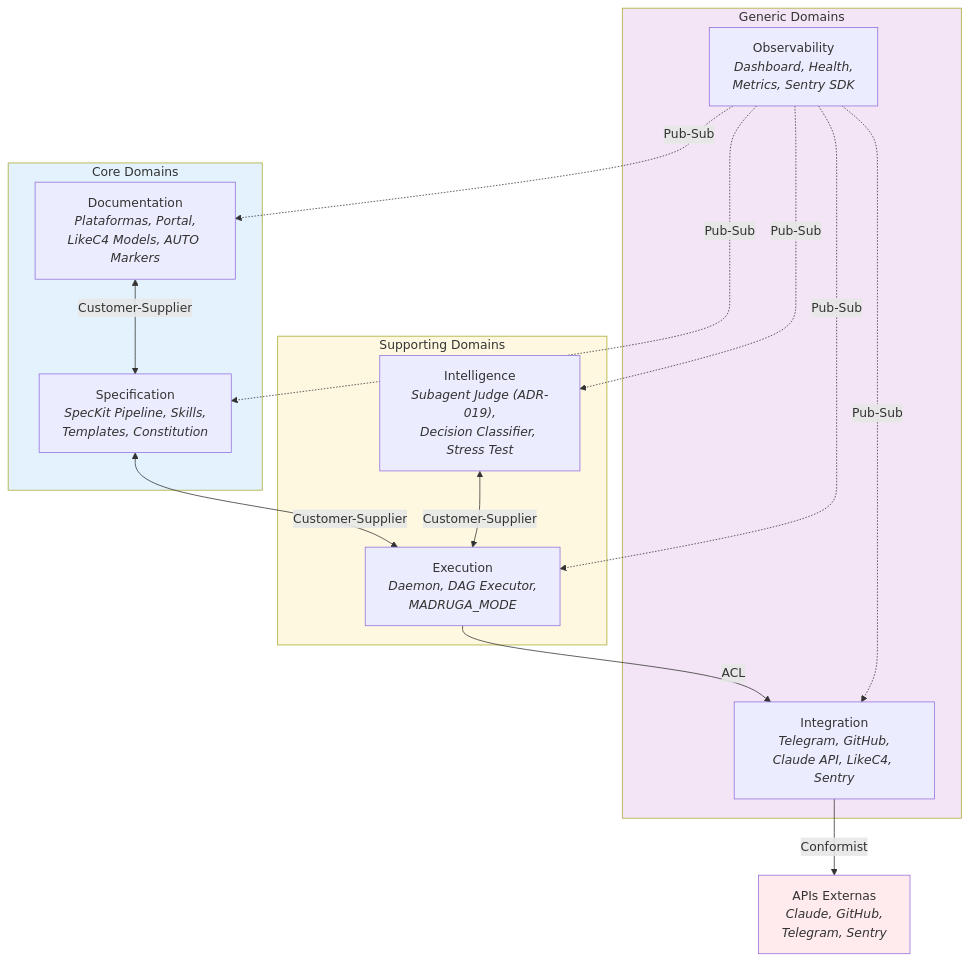
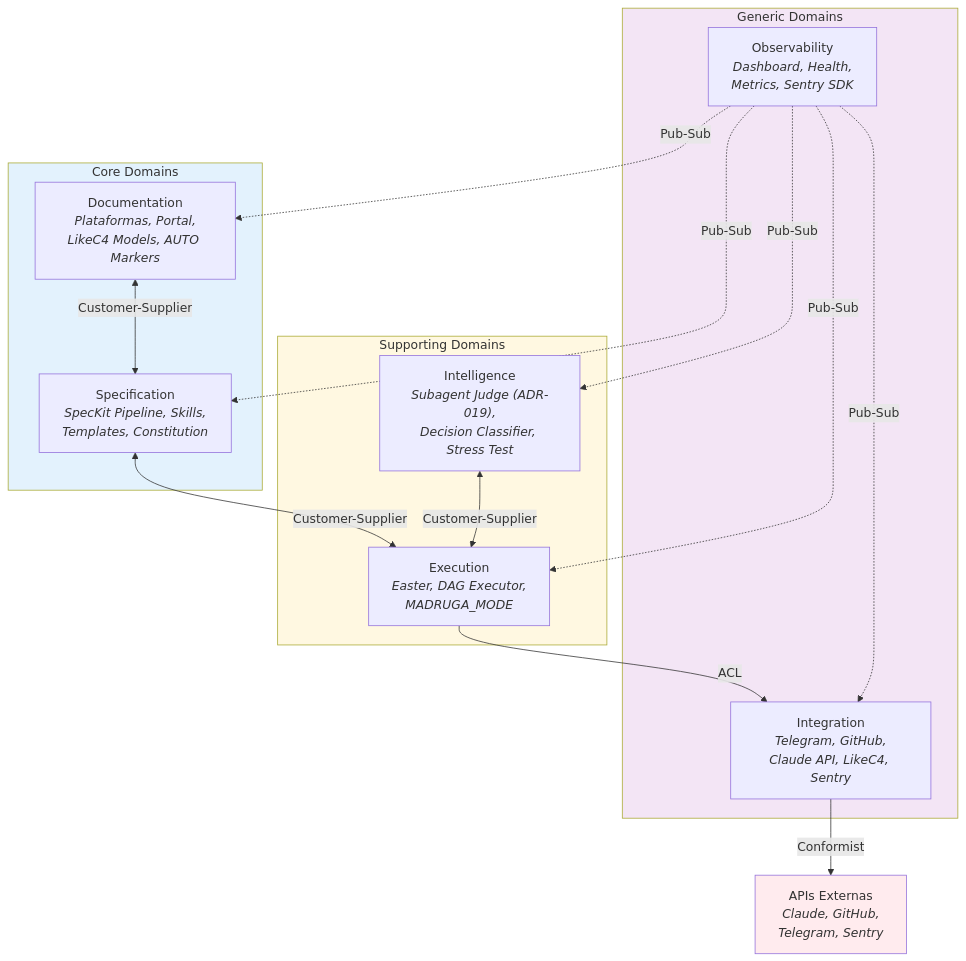
One commit to paceautomations/madruga.ai changed the diagram in platforms/madruga-ai/engineering/context-map.md. Above: the diagram before and after it, drawn with Mermaid. The commit also changed other lines of this file and 122 other files, not shown here.

First line of the commit message:
feat: epic 021 — pipeline intelligence artifacts, daemon→easter rename, audit PNG cleanup

````diff
--- a/platforms/madruga-ai/engineering/context-map.md
+++ b/platforms/madruga-ai/engineering/context-map.md
@@ -11,33 +11,33 @@
 ```mermaid
 graph TB
     subgraph core["Core Domains"]
         doc["Documentation<br/><i>Plataformas, Portal,<br/>LikeC4 Models, AUTO Markers</i>"]
         spec["Specification<br/><i>SpecKit Pipeline, Skills,<br/>Templates, Constitution</i>"]
     end
 
     subgraph supporting["Supporting Domains"]
-        exec["Execution<br/><i>Daemon, DAG Executor,<br/>MADRUGA_MODE</i>"]
+        exec["Execution<br/><i>Easter, DAG Executor,<br/>MADRUGA_MODE</i>"]
         intel["Intelligence<br/><i>Subagent Judge (ADR-019),<br/>Decision Classifier, Stress Test</i>"]
     end
 
     subgraph generic["Generic Domains"]
         integ["Integration<br/><i>Telegram, GitHub,<br/>Claude API, LikeC4, Sentry</i>"]
         obs["Observability<br/><i>Dashboard, Health,<br/>Metrics, Sentry SDK</i>"]
     end
 
     doc <-->|"Customer-Supplier"| spec
     spec <-->|"Customer-Supplier"| exec
     exec -->|"ACL"| integ
     intel <-->|"Customer-Supplier"| exec
     obs -.->|"Pub-Sub"| doc
     obs -.->|"Pub-Sub"| spec
     obs -.->|"Pub-Sub"| exec
     obs -.->|"Pub-Sub"| intel
     obs -.->|"Pub-Sub"| integ
     integ -->|"Conformist"| ext["APIs Externas<br/><i>Claude, GitHub,<br/>Telegram, Sentry</i>"]
 
     style core fill:#E3F2FD
     style supporting fill:#FFF8E1
     style generic fill:#F3E5F5
     style ext fill:#FFEBEE
 ```
````
